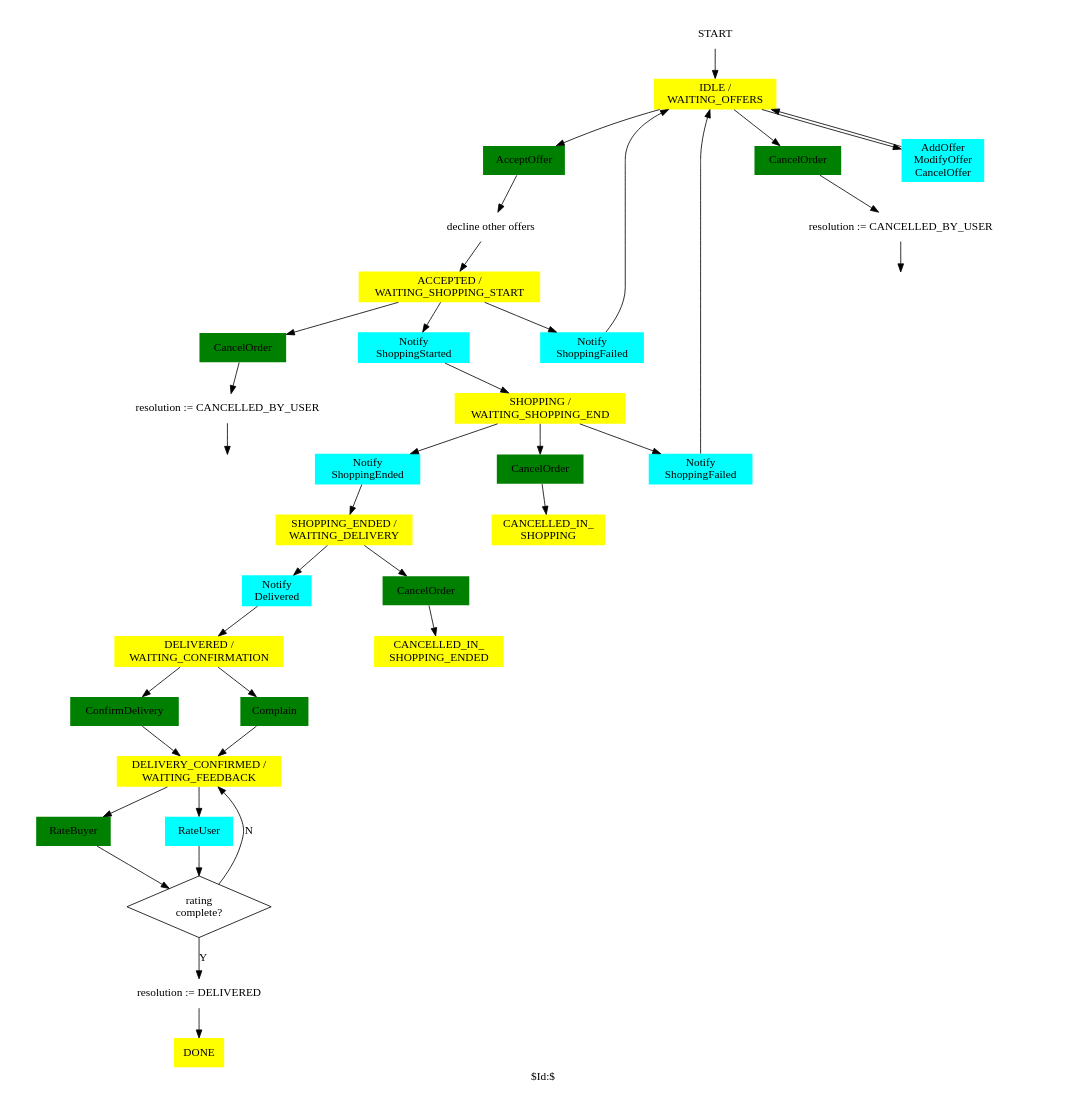
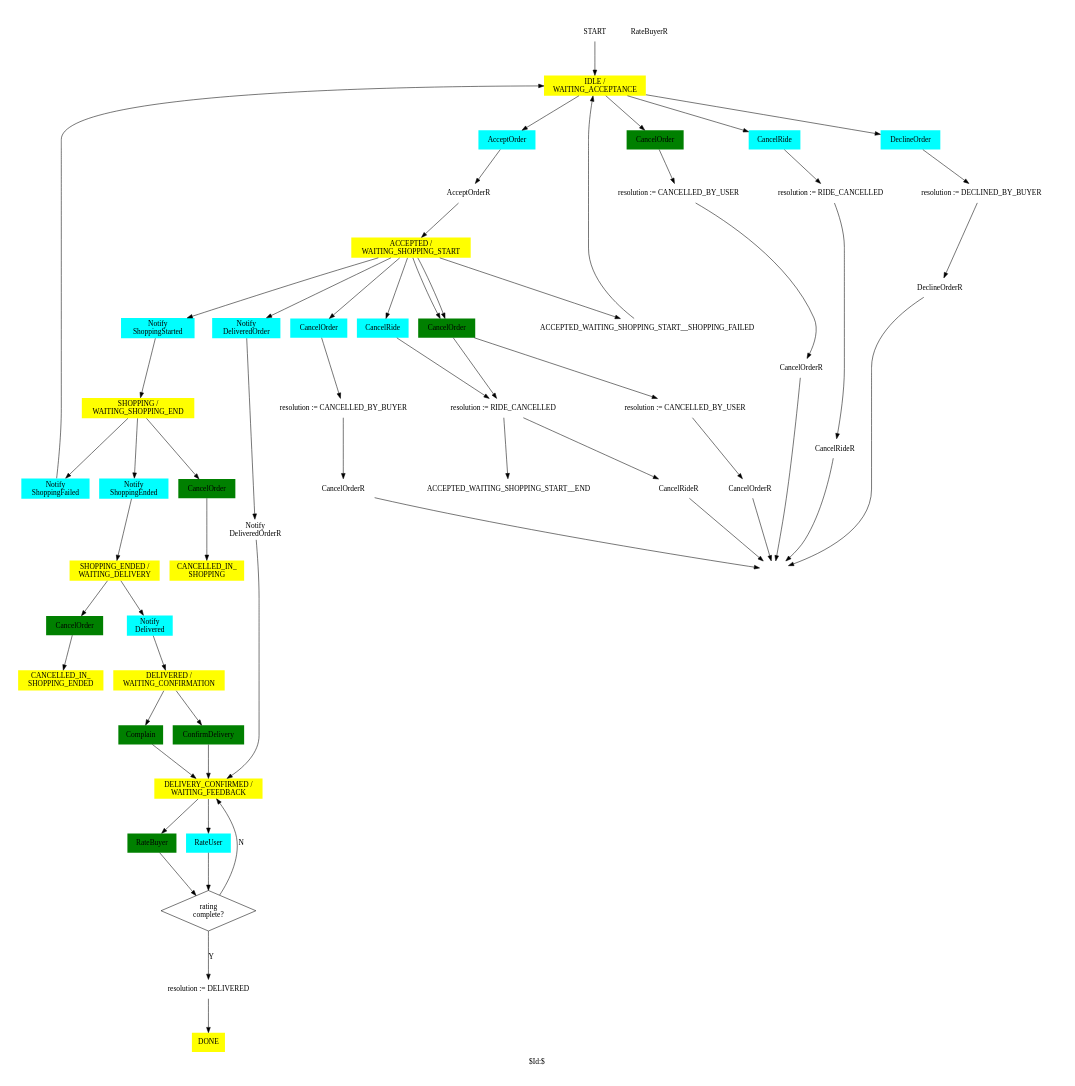
The diagram in docs/Order.gv (trodevel/lieferbay_protocol), drawn with Graphviz before and after one commit.

Commit message:
DOC: intermediate results

```diff
--- a/docs/Order.gv
+++ b/docs/Order.gv
@@ -1,108 +1,129 @@
 # Order FSM.
 #
 # Copyright (C) 2019 Sergey Kolevatov
 #
 # This program is free software: you can redistribute it and/or modify
 # it under the terms of the GNU General Public License as published by
 # the Free Software Foundation, either version 3 of the License, or
 # (at your option) any later version.
 #
 # This program is distributed in the hope that it will be useful,
 # but WITHOUT ANY WARRANTY; without even the implied warranty of
 # MERCHANTABILITY or FITNESS FOR A PARTICULAR PURPOSE. See the
 # GNU General Public License for more details.
 #
 # You should have received a copy of the GNU General Public License
 # along with this program. If not, see <http://www.gnu.org/licenses/>.
 #
 # SKV 19a31
 #
 # $Id:$
 #
 # execute: FL=Order; dot -l sdl.ps -Tps $FL.gv -o $FL.ps; ps2pdf $FL.ps $FL.pdf
 
 digraph Order
 {
 
 label="$Id:$";
 
 size="7,7";
 ratio=fill;
 splines=true;
 node [peripheries=0 style=filled fillcolor=white]
 
 ######################################################
 # states
 
 START                           [ shape = sdl_start ]
-WAITING_OFFERS                  [ label = "IDLE /\nWAITING_OFFERS"                shape = sdl_state fillcolor=yellow ]
+WAITING_ACCEPTANCE              [ label = "IDLE /\nWAITING_ACCEPTANCE"            shape = sdl_state fillcolor=yellow ]
 ACCEPTED_WAITING_SHOPPING_START [ label = "ACCEPTED /\nWAITING_SHOPPING_START"    shape = sdl_state fillcolor=yellow ]
 SHOPPING_WAITING_SHOPPING_END   [ label = "SHOPPING /\nWAITING_SHOPPING_END"      shape = sdl_state fillcolor=yellow ]
 CANCELLED_IN_SHOPPING           [ label = "CANCELLED_IN_\nSHOPPING"               shape = sdl_state fillcolor=yellow ]
 SHOPPING_ENDED_WAITING_DELIVERY [ label = "SHOPPING_ENDED /\nWAITING_DELIVERY"    shape = sdl_state fillcolor=yellow ]
 CANCELLED_IN_SHOPPING_ENDED     [ label = "CANCELLED_IN_\nSHOPPING_ENDED"         shape = sdl_state fillcolor=yellow ]
 DELIVERED_WAITING_CONFIRMATION  [ label = "DELIVERED /\nWAITING_CONFIRMATION"     shape = sdl_state fillcolor=yellow ]
 DELIVERY_CONFIRMED_WAITING_FEEDBACK      [ label = "DELIVERY_CONFIRMED /\nWAITING_FEEDBACK"         shape = sdl_state fillcolor=yellow ]
+END                             [ label = ""                              shape = sdl_stop  style=solid ]
 DONE                            [ label = "DONE"                                  shape = sdl_state fillcolor=yellow ]
 
 ######################################################
 # actions
 
-WAITING_OFFERS__ACCEPT_OFFER            [ label="AcceptOffer"                       shape = sdl_input_from_left  fillcolor=green ]
-WAITING_OFFERS__CALL_DECLINE_OTHER_OFFERS [ label="decline other offers"            shape = sdl_call ]
-WAITING_OFFERS__CANCEL_ORDER            [ label="CancelOrder"                       shape = sdl_input_from_left  fillcolor=green ]
-WAITING_OFFERS__RESOL_1                 [ label="resolution := CANCELLED_BY_USER"   shape = sdl_task ]
-WAITING_OFFERS__ADD_OFFER               [ label="AddOffer\nModifyOffer\nCancelOffer" shape = sdl_input_from_right fillcolor=cyan ]
-WAITING_OFFERS__END                     [ label = ""                                shape = sdl_stop  style=solid ]
+WAITING_ACCEPTANCE__ACCEPT_ORDER            [ label="AcceptOrder"                       shape = sdl_input_from_right fillcolor=cyan ]
+WAITING_ACCEPTANCE__SEND_ACCEPT_ORDER       [ label="AcceptOrderR"                      shape = sdl_output_to_right ]
+WAITING_ACCEPTANCE__DECLINE_ORDER           [ label="DeclineOrder"                      shape = sdl_input_from_right fillcolor=cyan ]
+WAITING_ACCEPTANCE__SEND_DECLINE_ORDER      [ label="DeclineOrderR"                     shape = sdl_output_to_right ]
+WAITING_ACCEPTANCE__CANCEL_ORDER            [ label="CancelOrder"                       shape = sdl_input_from_left  fillcolor=green ]
+WAITING_ACCEPTANCE__SEND_CANCEL_ORDER       [ label="CancelOrderR"                      shape = sdl_output_to_left ]
+WAITING_ACCEPTANCE__CANCEL_RIDE             [ label="CancelRide"                        shape = sdl_input_from_right fillcolor=cyan ]
+WAITING_ACCEPTANCE__SEND_CANCEL_RIDE        [ label="CancelRideR"                       shape = sdl_output_to_right ]
+WAITING_ACCEPTANCE__RESOL_1                 [ label="resolution := CANCELLED_BY_USER"   shape = sdl_task ]
+WAITING_ACCEPTANCE__RESOL_2                 [ label="resolution := DECLINED_BY_BUYER" shape = sdl_task ]
+WAITING_ACCEPTANCE__RESOL_3                 [ label="resolution := RIDE_CANCELLED"      shape = sdl_task ]
 
 ACCEPTED_WAITING_SHOPPING_START__SHOPPING_STARTED [ label="Notify\nShoppingStarted"           shape = sdl_input_from_right fillcolor=cyan ]
+ACCEPTED_WAITING_SHOPPING_START__DELIVERED        [ label="Notify\nDeliveredOrder"            shape = sdl_input_from_right fillcolor=cyan ]
+ACCEPTED_WAITING_SHOPPING_START__SEND_DELIVERED   [ label="Notify\nDeliveredOrderR"           shape = sdl_output_to_right ]
+ACCEPTED_WAITING_SHOPPING_START__CANCEL_RIDE      [ label="CancelRide"                        shape = sdl_input_from_right fillcolor=cyan ]
+ACCEPTED_WAITING_SHOPPING_START__SEND_CANCEL_RIDE [ label="CancelRideR"                       shape = sdl_output_to_right ]
 ACCEPTED_WAITING_SHOPPING_START__CANCEL_ORDER     [ label="CancelOrder"                       shape = sdl_input_from_left  fillcolor=green ]
-ACCEPTED_WAITING_SHOPPING_START__RESOL_1          [ label="resolution := CANCELLED_BY_USER"   shape = sdl_task ]
-ACCEPTED_WAITING_SHOPPING_START__SHOPPING_FAILED  [ label="Notify\nShoppingFailed"            shape = sdl_input_from_right fillcolor=cyan ]
-ACCEPTED_WAITING_SHOPPING_START__END              [ label = ""                                shape = sdl_stop  style=solid ]
+ACCEPTED_WAITING_SHOPPING_START__SEND_CANCEL_ORDER    [ label="CancelOrderR"                  shape = sdl_output_to_left ]
+ACCEPTED_WAITING_SHOPPING_START__CANCEL_ORDER_2   [ label="CancelOrder"                       shape = sdl_input_from_right fillcolor=cyan ]
+ACCEPTED_WAITING_SHOPPING_START__SEND_CANCEL_ORDER_2  [ label="CancelOrderR"                  shape = sdl_output_to_right ]
+ACCEPTED_WAITING_SHOPPING_START__RESOL_1          [ label="resolution := RIDE_CANCELLED"      shape = sdl_task ]
+ACCEPTED_WAITING_SHOPPING_START__RESOL_2          [ label="resolution := CANCELLED_BY_USER"   shape = sdl_task ]
+ACCEPTED_WAITING_SHOPPING_START__RESOL_3          [ label="resolution := CANCELLED_BY_BUYER" shape = sdl_task ]
+
 
 SHOPPING_WAITING_SHOPPING_END__SHOPPING_ENDED     [ label="Notify\nShoppingEnded"             shape = sdl_input_from_right fillcolor=cyan ]
 SHOPPING_WAITING_SHOPPING_END__SHOPPING_FAILED    [ label="Notify\nShoppingFailed"            shape = sdl_input_from_right fillcolor=cyan ]
 SHOPPING_WAITING_SHOPPING_END__CANCEL_ORDER       [ label="CancelOrder"                       shape = sdl_input_from_left  fillcolor=green ]
 
 SHOPPING_ENDED_WAITING_DELIVERY__DELIVERED        [ label="Notify\nDelivered"                 shape = sdl_input_from_right fillcolor=cyan ]
 SHOPPING_ENDED_WAITING_DELIVERY__CANCEL_ORDER     [ label="CancelOrder"                       shape = sdl_input_from_left  fillcolor=green ]
 
 DELIVERED_WAITING_CONFIRMATION__CONFIRM           [ label="ConfirmDelivery"                   shape = sdl_input_from_left  fillcolor=green ]
 DELIVERED_WAITING_CONFIRMATION__COMPLAIN          [ label="Complain"                          shape = sdl_input_from_left  fillcolor=green ]
 
 DELIVERY_CONFIRMED_WAITING_FEEDBACK__RATE_BUYER    [ label="RateBuyer"                        shape = sdl_input_from_left  fillcolor=green ]
+DELIVERY_CONFIRMED_WAITING_FEEDBACK__SEND_RATE_BUYER    [ label="RateBuyerR"                  shape = sdl_output_to_left ]
 DELIVERY_CONFIRMED_WAITING_FEEDBACK__RATE_USER     [ label="RateUser"                         shape = sdl_input_from_right fillcolor=cyan ]
 DELIVERY_CONFIRMED_WAITING_FEEDBACK__RATING_COMPLETE [ label="rating\ncomplete?"              shape = diamond peripheries=1]
 DELIVERY_CONFIRMED_WAITING_FEEDBACK__RESOL_1         [ label="resolution := DELIVERED"        shape = sdl_task ]
 
 ######################################################
 # transitions
 
-START -> WAITING_OFFERS
+START -> WAITING_ACCEPTANCE
 
-WAITING_OFFERS -> WAITING_OFFERS__ACCEPT_OFFER   -> WAITING_OFFERS__CALL_DECLINE_OTHER_OFFERS -> ACCEPTED_WAITING_SHOPPING_START
-WAITING_OFFERS -> WAITING_OFFERS__CANCEL_ORDER   -> WAITING_OFFERS__RESOL_1 -> WAITING_OFFERS__END
-WAITING_OFFERS -> WAITING_OFFERS__ADD_OFFER      -> WAITING_OFFERS
+WAITING_ACCEPTANCE -> WAITING_ACCEPTANCE__ACCEPT_ORDER   -> WAITING_ACCEPTANCE__SEND_ACCEPT_ORDER -> ACCEPTED_WAITING_SHOPPING_START
+WAITING_ACCEPTANCE -> WAITING_ACCEPTANCE__CANCEL_ORDER   -> WAITING_ACCEPTANCE__RESOL_1 -> WAITING_ACCEPTANCE__SEND_CANCEL_ORDER  -> END
+WAITING_ACCEPTANCE -> WAITING_ACCEPTANCE__DECLINE_ORDER  -> WAITING_ACCEPTANCE__RESOL_2 -> WAITING_ACCEPTANCE__SEND_DECLINE_ORDER -> END
+WAITING_ACCEPTANCE -> WAITING_ACCEPTANCE__CANCEL_RIDE    -> WAITING_ACCEPTANCE__RESOL_3 -> WAITING_ACCEPTANCE__SEND_CANCEL_RIDE   -> END
+
+ACCEPTED_WAITING_SHOPPING_START -> ACCEPTED_WAITING_SHOPPING_START__DELIVERED      -> ACCEPTED_WAITING_SHOPPING_START__SEND_DELIVERED -> DELIVERY_CONFIRMED_WAITING_FEEDBACK
+ACCEPTED_WAITING_SHOPPING_START -> ACCEPTED_WAITING_SHOPPING_START__CANCEL_RIDE    -> ACCEPTED_WAITING_SHOPPING_START__RESOL_1 -> ACCEPTED_WAITING_SHOPPING_START__SEND_CANCEL_RIDE    -> END
+ACCEPTED_WAITING_SHOPPING_START -> ACCEPTED_WAITING_SHOPPING_START__CANCEL_ORDER   -> ACCEPTED_WAITING_SHOPPING_START__RESOL_2 -> ACCEPTED_WAITING_SHOPPING_START__SEND_CANCEL_ORDER   -> END
+ACCEPTED_WAITING_SHOPPING_START -> ACCEPTED_WAITING_SHOPPING_START__CANCEL_ORDER_2 -> ACCEPTED_WAITING_SHOPPING_START__RESOL_3 -> ACCEPTED_WAITING_SHOPPING_START__SEND_CANCEL_ORDER_2 -> END
 
 ACCEPTED_WAITING_SHOPPING_START -> ACCEPTED_WAITING_SHOPPING_START__SHOPPING_STARTED -> SHOPPING_WAITING_SHOPPING_END
 ACCEPTED_WAITING_SHOPPING_START -> ACCEPTED_WAITING_SHOPPING_START__CANCEL_ORDER     -> ACCEPTED_WAITING_SHOPPING_START__RESOL_1 -> ACCEPTED_WAITING_SHOPPING_START__END
-ACCEPTED_WAITING_SHOPPING_START -> ACCEPTED_WAITING_SHOPPING_START__SHOPPING_FAILED      -> WAITING_OFFERS
+ACCEPTED_WAITING_SHOPPING_START -> ACCEPTED_WAITING_SHOPPING_START__SHOPPING_FAILED      -> WAITING_ACCEPTANCE
 
 SHOPPING_WAITING_SHOPPING_END -> SHOPPING_WAITING_SHOPPING_END__SHOPPING_ENDED  -> SHOPPING_ENDED_WAITING_DELIVERY
-SHOPPING_WAITING_SHOPPING_END -> SHOPPING_WAITING_SHOPPING_END__SHOPPING_FAILED -> WAITING_OFFERS
+SHOPPING_WAITING_SHOPPING_END -> SHOPPING_WAITING_SHOPPING_END__SHOPPING_FAILED -> WAITING_ACCEPTANCE
 SHOPPING_WAITING_SHOPPING_END -> SHOPPING_WAITING_SHOPPING_END__CANCEL_ORDER    -> CANCELLED_IN_SHOPPING
 
 SHOPPING_ENDED_WAITING_DELIVERY -> SHOPPING_ENDED_WAITING_DELIVERY__DELIVERED      -> DELIVERED_WAITING_CONFIRMATION
 SHOPPING_ENDED_WAITING_DELIVERY -> SHOPPING_ENDED_WAITING_DELIVERY__CANCEL_ORDER   -> CANCELLED_IN_SHOPPING_ENDED
 
 DELIVERED_WAITING_CONFIRMATION -> DELIVERED_WAITING_CONFIRMATION__CONFIRM  -> DELIVERY_CONFIRMED_WAITING_FEEDBACK
 DELIVERED_WAITING_CONFIRMATION -> DELIVERED_WAITING_CONFIRMATION__COMPLAIN -> DELIVERY_CONFIRMED_WAITING_FEEDBACK
 
 DELIVERY_CONFIRMED_WAITING_FEEDBACK -> DELIVERY_CONFIRMED_WAITING_FEEDBACK__RATE_BUYER -> DELIVERY_CONFIRMED_WAITING_FEEDBACK__RATING_COMPLETE
 DELIVERY_CONFIRMED_WAITING_FEEDBACK -> DELIVERY_CONFIRMED_WAITING_FEEDBACK__RATE_USER  -> DELIVERY_CONFIRMED_WAITING_FEEDBACK__RATING_COMPLETE
                                                                                           DELIVERY_CONFIRMED_WAITING_FEEDBACK__RATING_COMPLETE -> DELIVERY_CONFIRMED_WAITING_FEEDBACK__RESOL_1 [ label="Y" ]
                                                                                                                                                   DELIVERY_CONFIRMED_WAITING_FEEDBACK__RESOL_1 -> DONE
                                                                                           DELIVERY_CONFIRMED_WAITING_FEEDBACK__RATING_COMPLETE -> DELIVERY_CONFIRMED_WAITING_FEEDBACK          [ label="N" ]
 
 }
```
